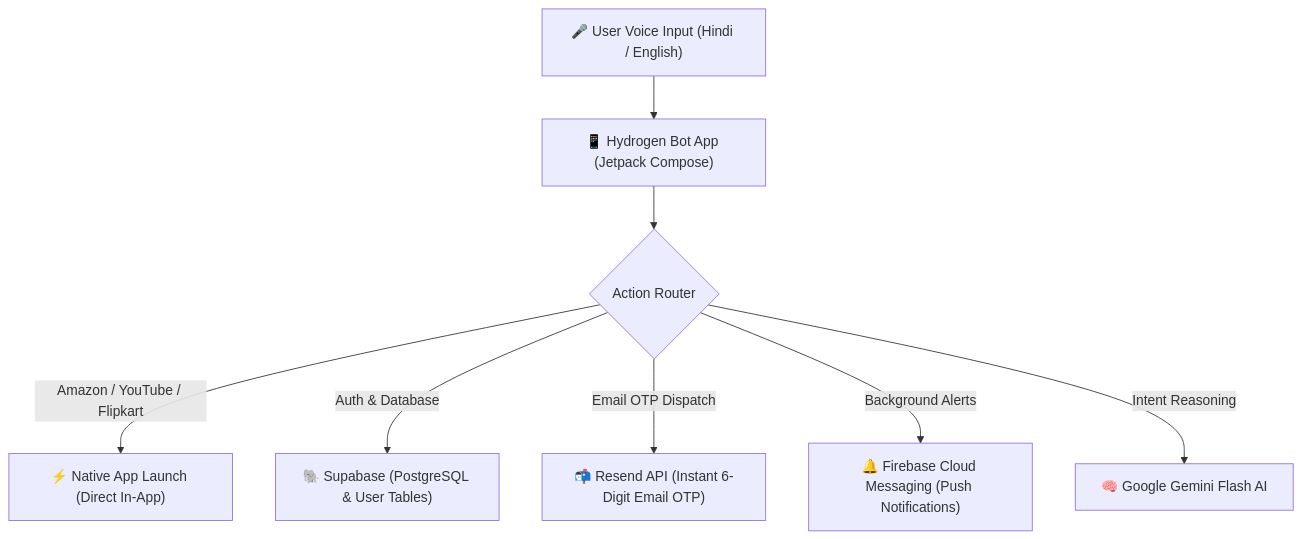
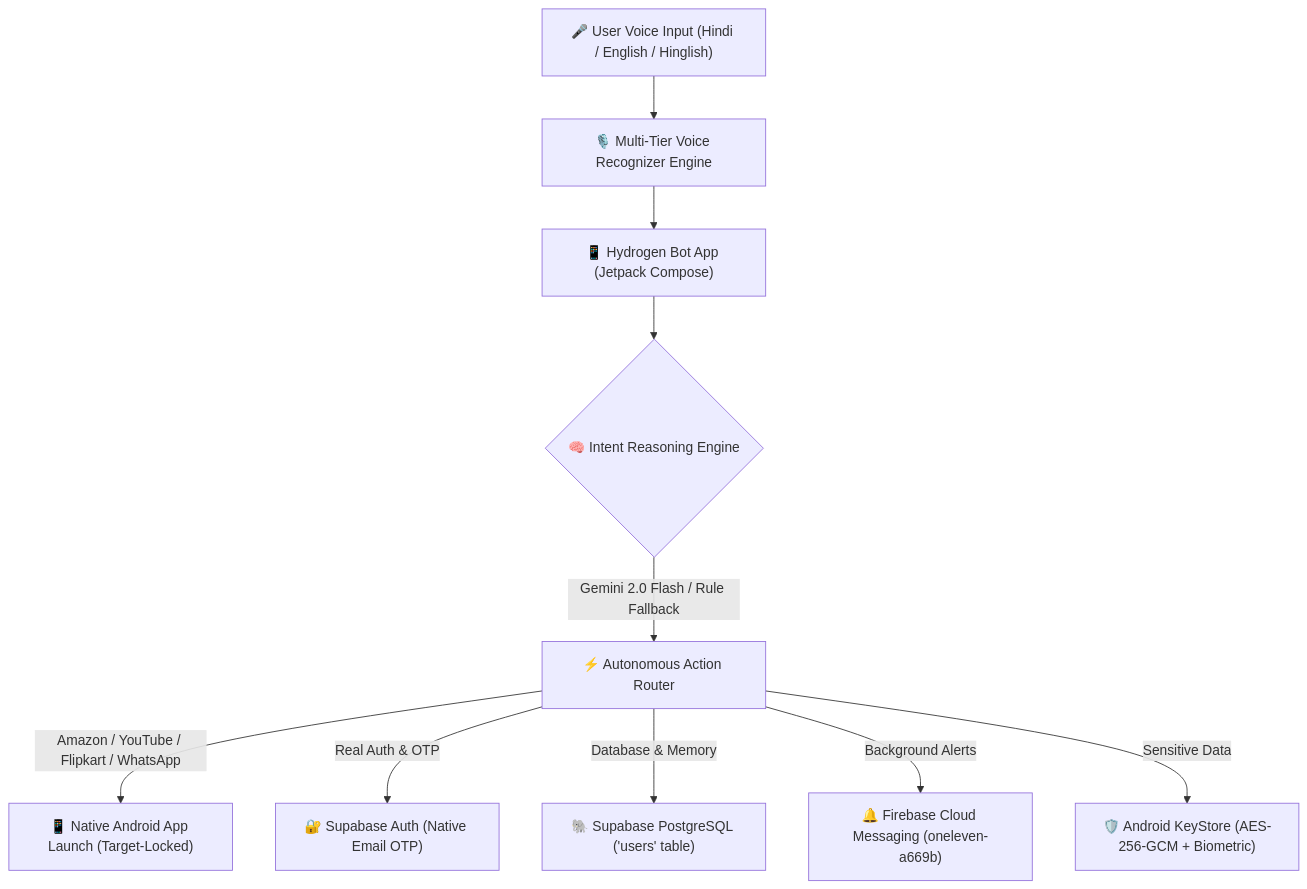
Before and after one commit to gitworld08210/Hydrogen-bot: the diagram in README.md, drawn with Mermaid. The commit also changed other lines of this file, not shown here.

Commit message:
docs: Update README with v1.2 release, real Supabase Auth OTP, voice engine multi-tier fallback, and luxury UI redesign

````diff
--- a/README.md
+++ b/README.md
@@ -28,11 +31,14 @@
 ```mermaid
 flowchart TD
-    User["🎤 User Voice Input (Hindi / English)"] --> Bot["📱 Hydrogen Bot App (Jetpack Compose)"]
-    Bot --> Router{"Action Router"}
+    User["🎤 User Voice Input (Hindi / English / Hinglish)"] --> VoiceEngine["🎙️ Multi-Tier Voice Recognizer Engine"]
+    VoiceEngine --> Bot["📱 Hydrogen Bot App (Jetpack Compose)"]
     
-    Router -->|Amazon / YouTube / Flipkart| NativeApp["⚡ Native App Launch (Direct In-App)"]
-    Router -->|Auth & Database| Supabase["🐘 Supabase (PostgreSQL & User Tables)"]
-    Router -->|Email OTP Dispatch| Resend["📬 Resend API (Instant 6-Digit Email OTP)"]
-    Router -->|Background Alerts| FCM["🔔 Firebase Cloud Messaging (Push Notifications)"]
-    Router -->|Intent Reasoning| Gemini["🧠 Google Gemini Flash AI"]
+    Bot --> IntentBrain{"🧠 Intent Reasoning Engine"}
+    IntentBrain -->|Gemini 2.0 Flash / Rule Fallback| ActionRouter["⚡ Autonomous Action Router"]
+    
+    ActionRouter -->|Amazon / YouTube / Flipkart / WhatsApp| NativeApp["📱 Native Android App Launch (Target-Locked)"]
+    ActionRouter -->|Real Auth & OTP| SupabaseAuth["🔐 Supabase Auth (Native Email OTP)"]
+    ActionRouter -->|Database & Memory| SupabaseDB["🐘 Supabase PostgreSQL ('users' table)"]
+    ActionRouter -->|Background Alerts| FCM["🔔 Firebase Cloud Messaging (oneleven-a669b)"]
+    ActionRouter -->|Sensitive Data| Vault["🛡️ Android KeyStore (AES-256-GCM + Biometric)"]
 ```
````
